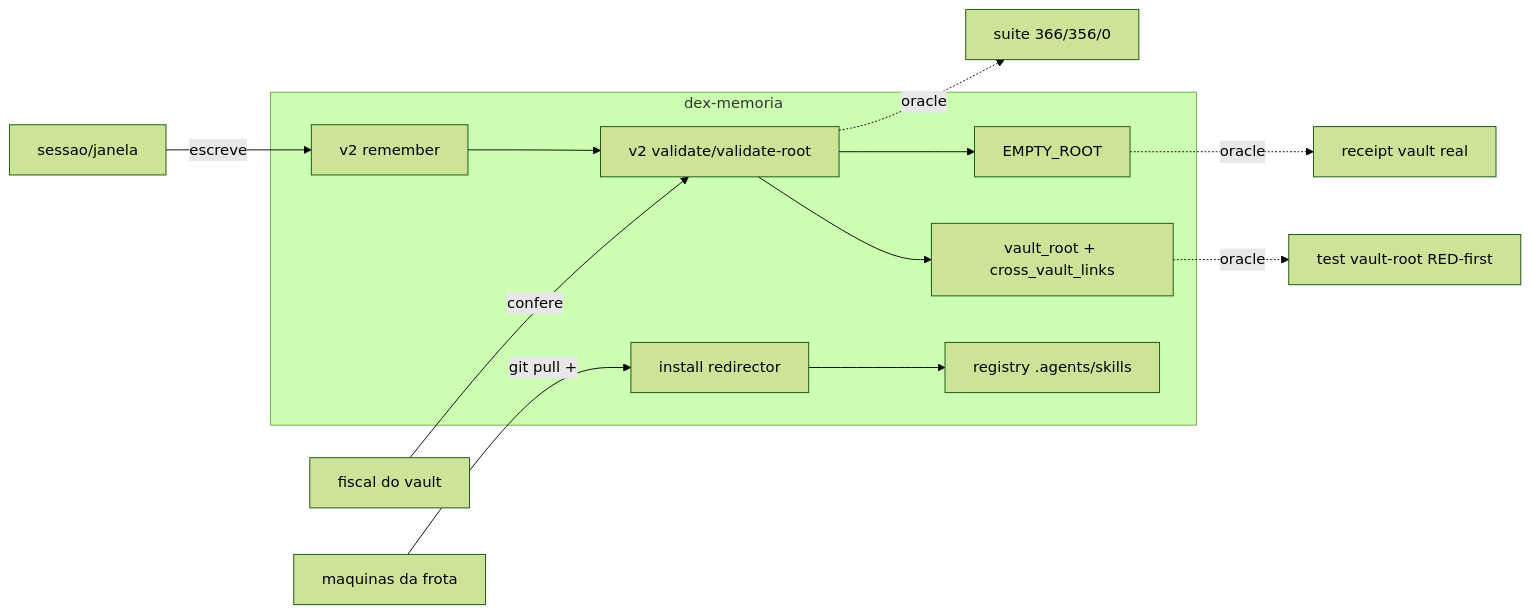
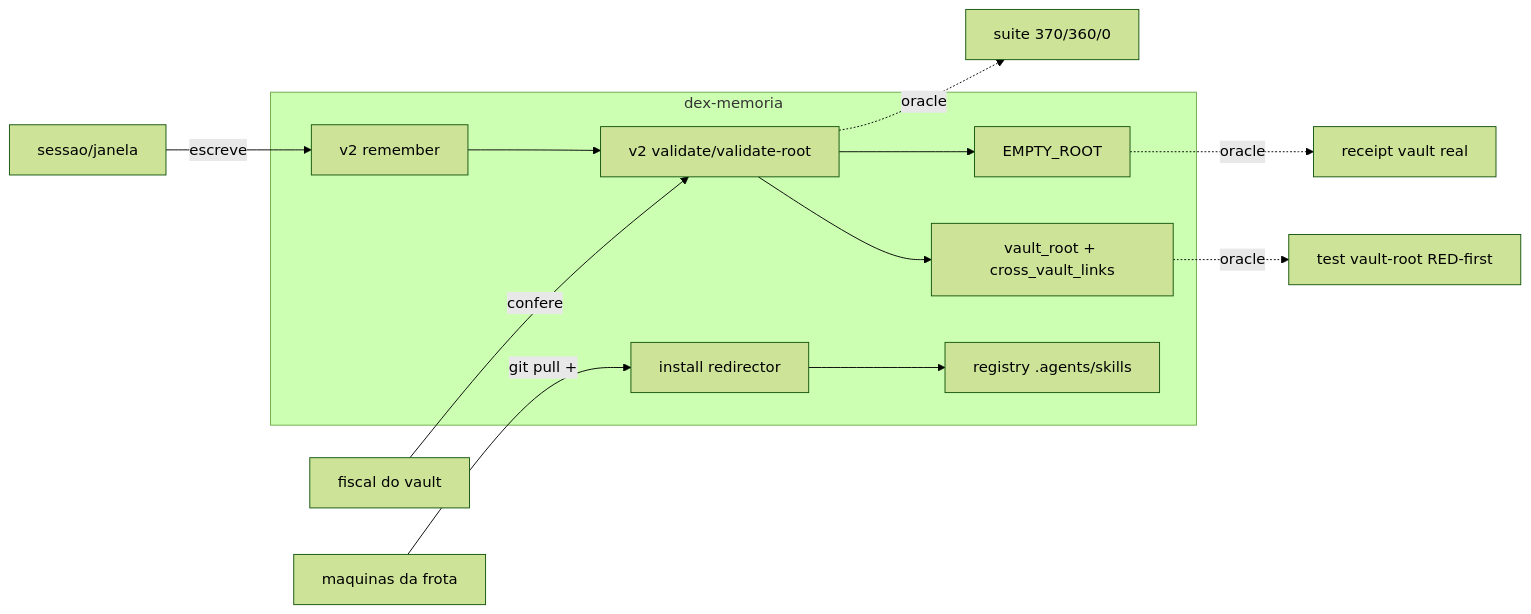
One commit to dex-agent/dex-memoria changed the diagram in CAPACITY.md. Above: the diagram before and after it, drawn with Mermaid (forest theme). The commit also changed other lines of this file and 14 other files, not shown here.

````diff
--- a/CAPACITY.md
+++ b/CAPACITY.md
@@ -35,15 +36,15 @@
 ```mermaid
 flowchart LR
   subgraph pacote[dex-memoria]
     REM[v2 remember] --> VAL[v2 validate/validate-root]
     VAL --> VR[vault_root + cross_vault_links]
     VAL --> ER[EMPTY_ROOT]
     INS[install redirector] --> REG[registry .agents/skills]
   end
   SESS[sessao/janela] -->|escreve| REM
   FISC[fiscal do vault] -->|confere| VAL
   FROTA[maquinas da frota] -->|git pull +| INS
-  VAL -.->|oracle| TEST[suite 366/356/0]
+  VAL -.->|oracle| TEST[suite 370/360/0]
   VR -.->|oracle| VRT[test vault-root RED-first]
   ER -.->|oracle| REAL[receipt vault real]
 ```
````
